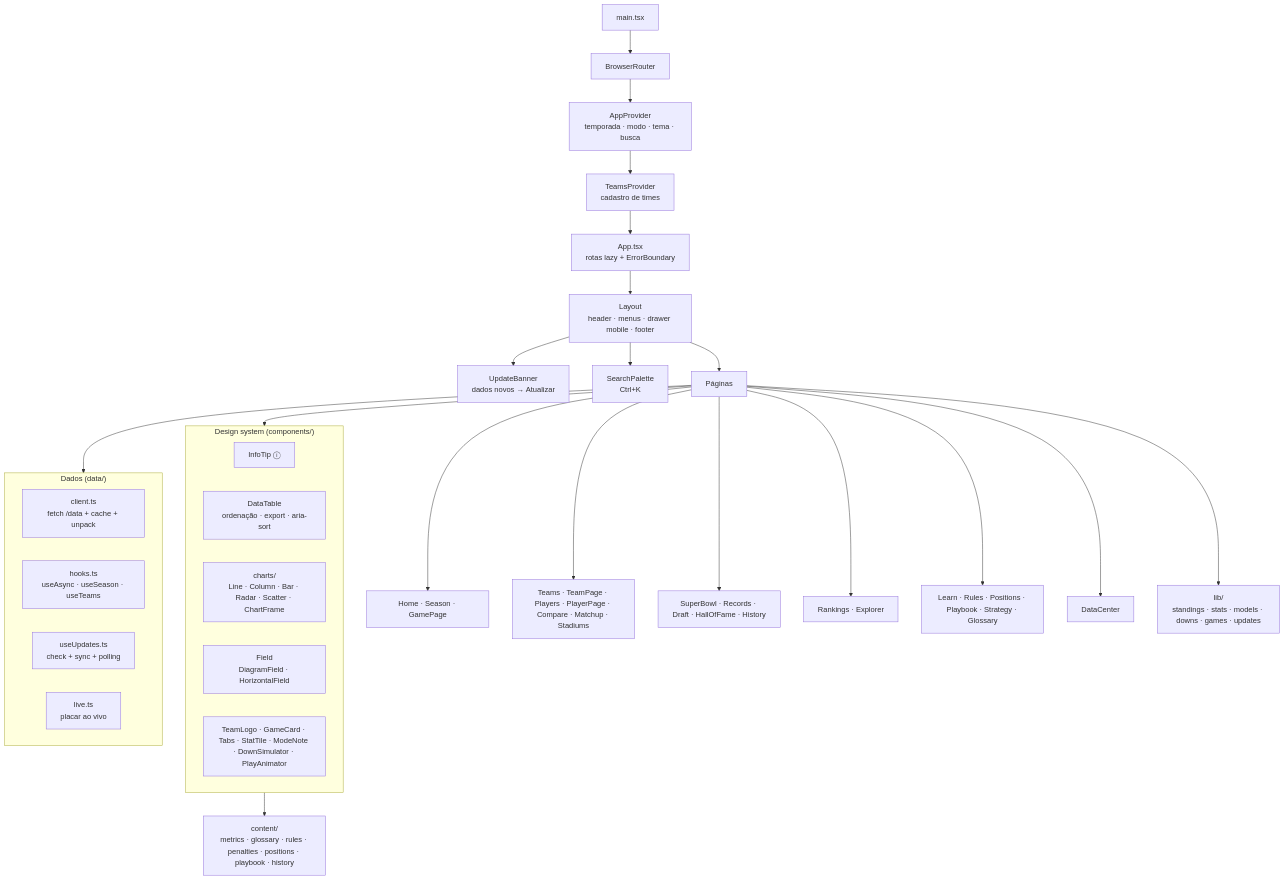
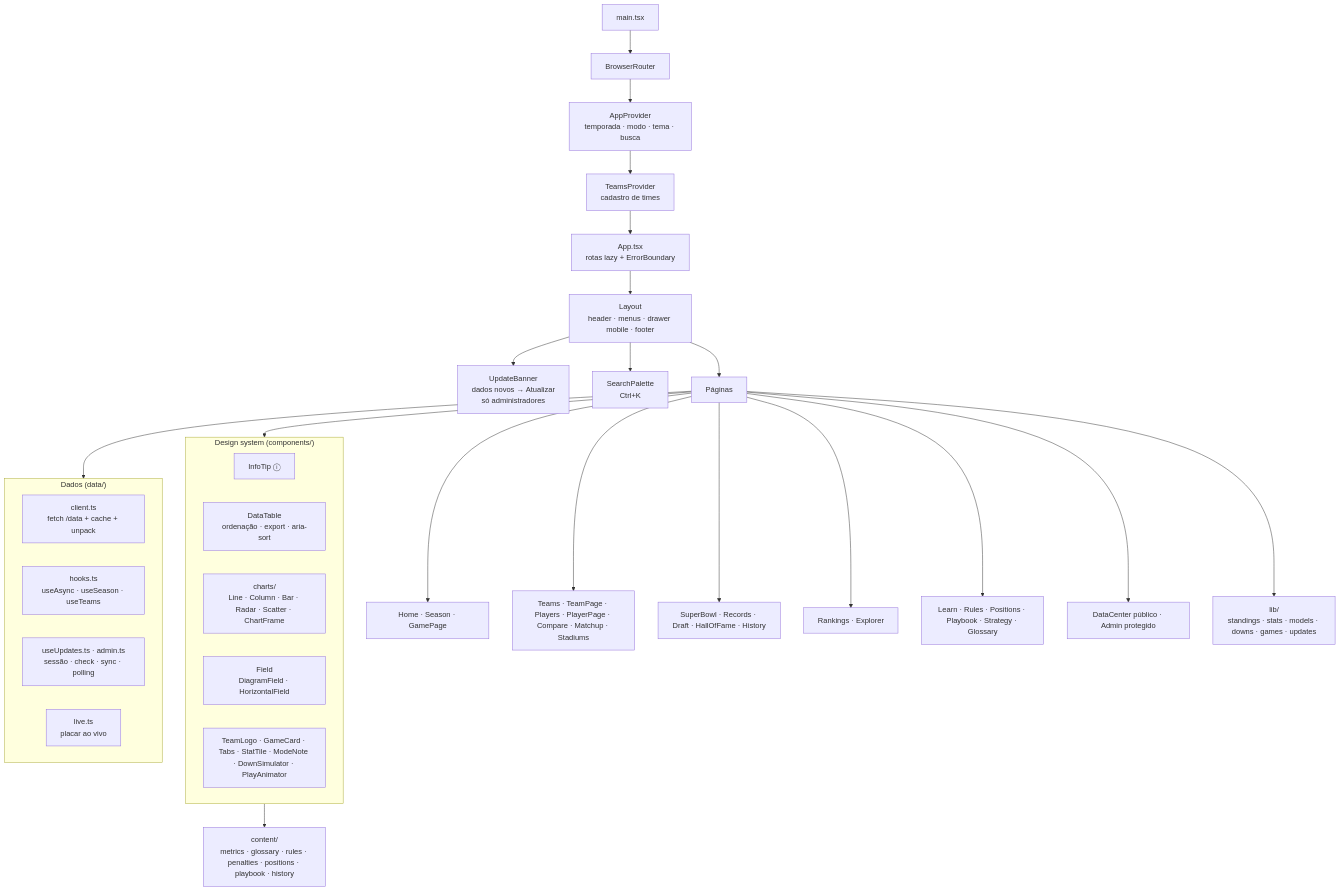
One commit to lucasllimati/end-zone-analytics changed the second of 4 diagrams in docs/GUIA_COMPLETO.md. Above: the diagram before and after it, drawn with Mermaid. The commit also changed other lines of this file and 14 other files, not shown here.

````diff
--- a/docs/GUIA_COMPLETO.md
+++ b/docs/GUIA_COMPLETO.md
@@ -88,37 +89,37 @@
 ```mermaid
 flowchart TD
     main[main.tsx] --> Router[BrowserRouter]
     Router --> AppProv[AppProvider<br/>temporada · modo · tema · busca]
     AppProv --> TeamsProv[TeamsProvider<br/>cadastro de times]
     TeamsProv --> App[App.tsx<br/>rotas lazy + ErrorBoundary]
     App --> Layout[Layout<br/>header · menus · drawer mobile · footer]
-    Layout --> Banner[UpdateBanner<br/>dados novos → Atualizar]
+    Layout --> Banner[UpdateBanner<br/>dados novos → Atualizar<br/>só administradores]
     Layout --> Palette[SearchPalette<br/>Ctrl+K]
     Layout --> Pages[Páginas]
 
     Pages --> Liga[Home · Season · GamePage]
     Pages --> TJ[Teams · TeamPage · Players · PlayerPage · Compare · Matchup · Stadiums]
     Pages --> Hist[SuperBowl · Records · Draft · HallOfFame · History]
     Pages --> Anl[Rankings · Explorer]
     Pages --> Edu[Learn · Rules · Positions · Playbook · Strategy · Glossary]
-    Pages --> Dados[DataCenter]
+    Pages --> Dados[DataCenter público · Admin protegido]
 
     subgraph DS["Design system (components/)"]
         InfoTip[InfoTip ⓘ]
         DataTable[DataTable<br/>ordenação · export · aria-sort]
         Charts[charts/<br/>Line · Column · Bar · Radar · Scatter · ChartFrame]
         Field[Field<br/>DiagramField · HorizontalField]
         Misc[TeamLogo · GameCard · Tabs · StatTile · ModeNote · DownSimulator · PlayAnimator]
     end
     Pages --> DS
 
     subgraph DataLayer["Dados (data/)"]
         client[client.ts<br/>fetch /data + cache + unpack]
         hooks[hooks.ts<br/>useAsync · useSeason · useTeams]
-        upd[useUpdates.ts<br/>check + sync + polling]
+        upd[useUpdates.ts · admin.ts<br/>sessão · check · sync · polling]
         live[live.ts<br/>placar ao vivo]
     end
     Pages --> DataLayer
     DS --> Content[content/<br/>metrics · glossary · rules · penalties · positions · playbook · history]
     Pages --> Lib[lib/<br/>standings · stats · models · downs · games · updates]
 ```
````
